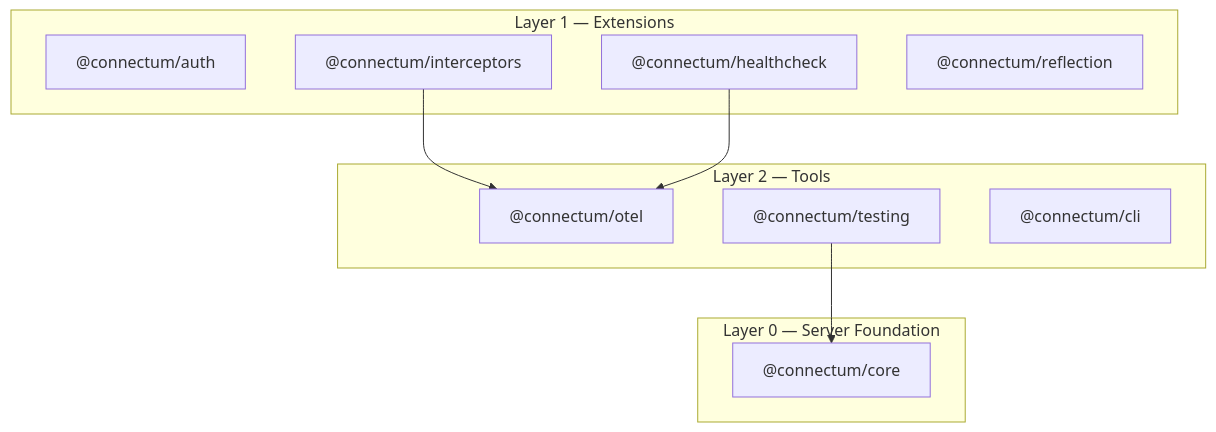
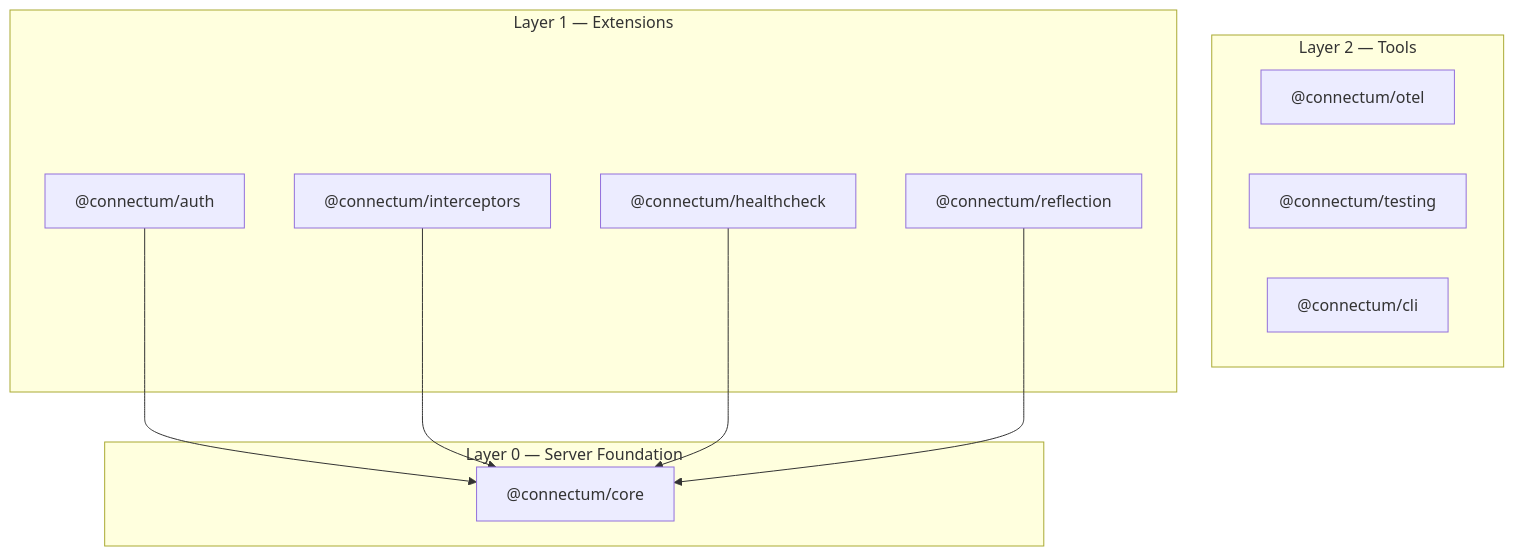
One commit to Connectum-Framework/docs changed the diagram in en/guide/advanced/architecture.md. Above: the diagram before and after it, drawn with Mermaid. The commit also changed other lines of this file and 7 other files, not shown here.

````diff
--- a/en/guide/advanced/architecture.md
+++ b/en/guide/advanced/architecture.md
@@ -12,23 +12,24 @@
 ```mermaid
 graph TD
   subgraph "Layer 2 — Tools"
     OTEL["@connectum/otel"]
     TESTING["@connectum/testing"]
     CLI["@connectum/cli"]
   end
 
   subgraph "Layer 1 — Extensions"
     AUTH["@connectum/auth"]
     INTERCEPTORS["@connectum/interceptors"]
     HEALTHCHECK["@connectum/healthcheck"]
     REFLECTION["@connectum/reflection"]
   end
 
   subgraph "Layer 0 — Server Foundation"
     CORE["@connectum/core"]
   end
 
-  TESTING --> CORE
-  INTERCEPTORS --> OTEL
-  HEALTHCHECK --> OTEL
+  AUTH --> CORE
+  INTERCEPTORS --> CORE
+  HEALTHCHECK --> CORE
+  REFLECTION --> CORE
 ```
````
